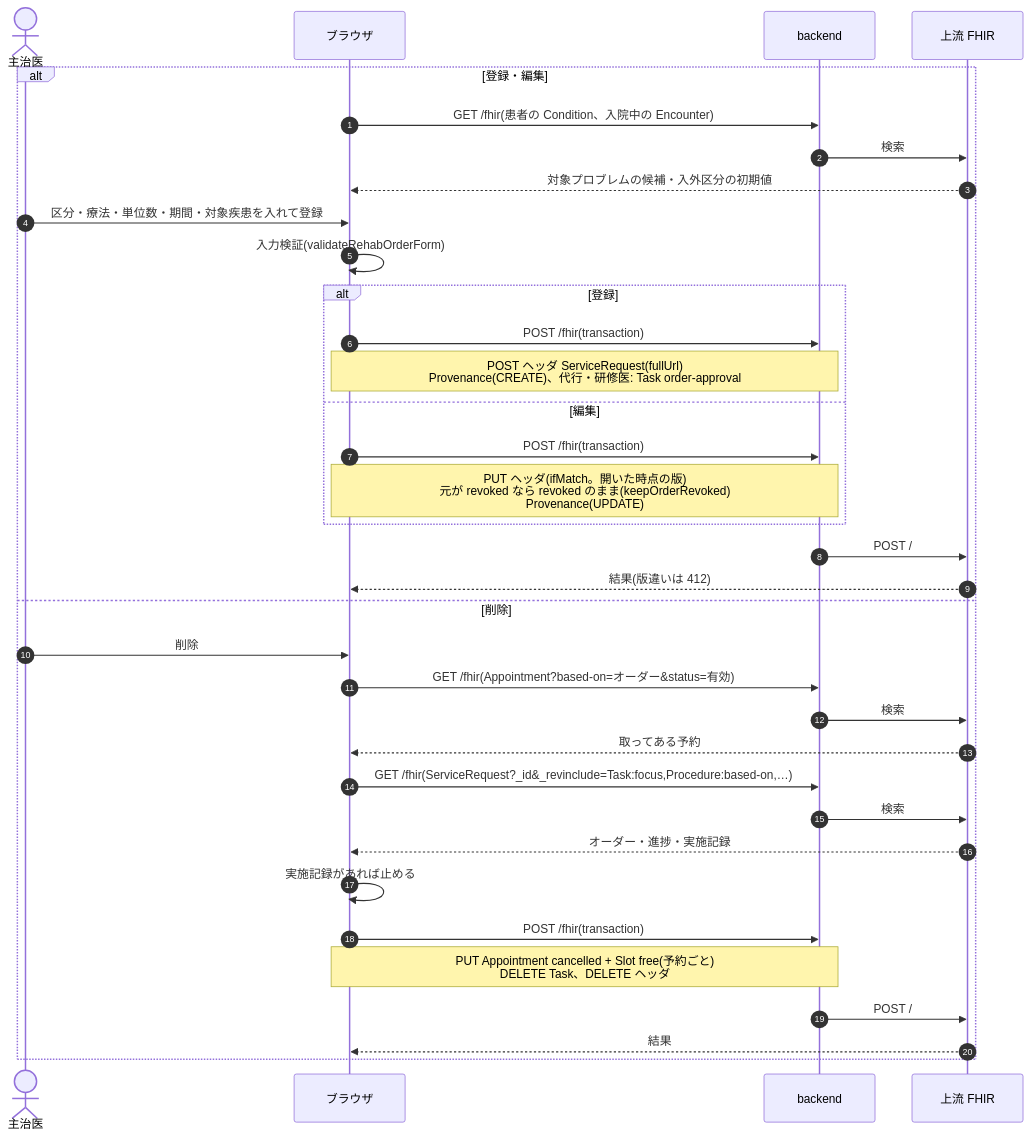
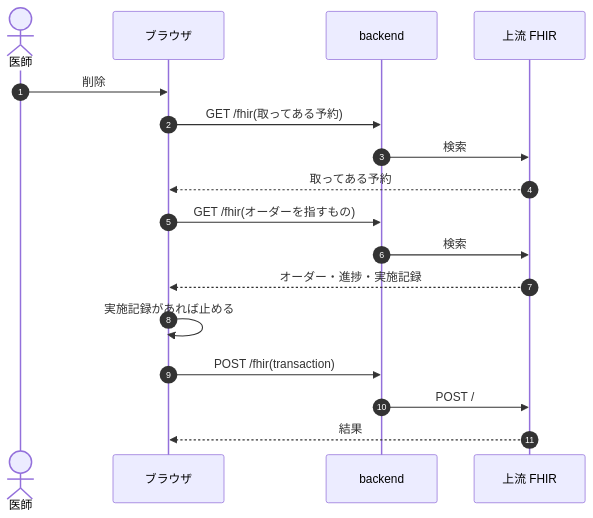
The third of 10 diagrams in docs/dev/rehab.md (ysnr-dev/fhir-client-docs), drawn with Mermaid before and after one commit. The commit also changed other lines of this file and 43 other files, not shown here.

Commit message:
docs: 業務フローとシーケンス図を写し直し

````diff
--- a/docs/dev/rehab.md
+++ b/docs/dev/rehab.md
@@ -60,38 +158,20 @@
 ```mermaid
 sequenceDiagram
   autonumber
-  actor Dr as 主治医
+  actor Dr as 医師
   participant UI as ブラウザ
   participant BE as backend
   participant FHIR as 上流 FHIR
 
-  alt 登録・編集
-    UI->>BE: GET /fhir(患者の Condition、入院中の Encounter)
-    BE->>FHIR: 検索
-    FHIR-->>UI: 対象プロブレムの候補・入外区分の初期値
-    Dr->>UI: 区分・療法・単位数・期間・対象疾患を入れて登録
-    UI->>UI: 入力検証(validateRehabOrderForm)
-    alt 登録
-      UI->>BE: POST /fhir(transaction)
-      Note over UI,BE: POST ヘッダ ServiceRequest(fullUrl)<br/>Provenance(CREATE)、代行・研修医: Task order-approval
-    else 編集
-      UI->>BE: POST /fhir(transaction)
-      Note over UI,BE: PUT ヘッダ(ifMatch。開いた時点の版)<br/>元が revoked なら revoked のまま(keepOrderRevoked)<br/>Provenance(UPDATE)
-    end
-    BE->>FHIR: POST /
-    FHIR-->>UI: 結果(版違いは 412)
-  else 削除
-    Dr->>UI: 削除
-    UI->>BE: GET /fhir(Appointment?based-on=オーダー&status=有効)
-    BE->>FHIR: 検索
-    FHIR-->>UI: 取ってある予約
-    UI->>BE: GET /fhir(ServiceRequest?_id&_revinclude=Task:focus,Procedure:based-on,…)
-    BE->>FHIR: 検索
-    FHIR-->>UI: オーダー・進捗・実施記録
-    UI->>UI: 実施記録があれば止める
-    UI->>BE: POST /fhir(transaction)
-    Note over UI,BE: PUT Appointment cancelled + Slot free(予約ごと)<br/>DELETE Task、DELETE ヘッダ
-    BE->>FHIR: POST /
-    FHIR-->>UI: 結果
-  end
+  Dr->>UI: 削除
+  UI->>BE: GET /fhir(取ってある予約)
+  BE->>FHIR: 検索
+  FHIR-->>UI: 取ってある予約
+  UI->>BE: GET /fhir(オーダーを指すもの)
+  BE->>FHIR: 検索
+  FHIR-->>UI: オーダー・進捗・実施記録
+  UI->>UI: 実施記録があれば止める
+  UI->>BE: POST /fhir(transaction)
+  BE->>FHIR: POST /
+  FHIR-->>UI: 結果
 ```
````
